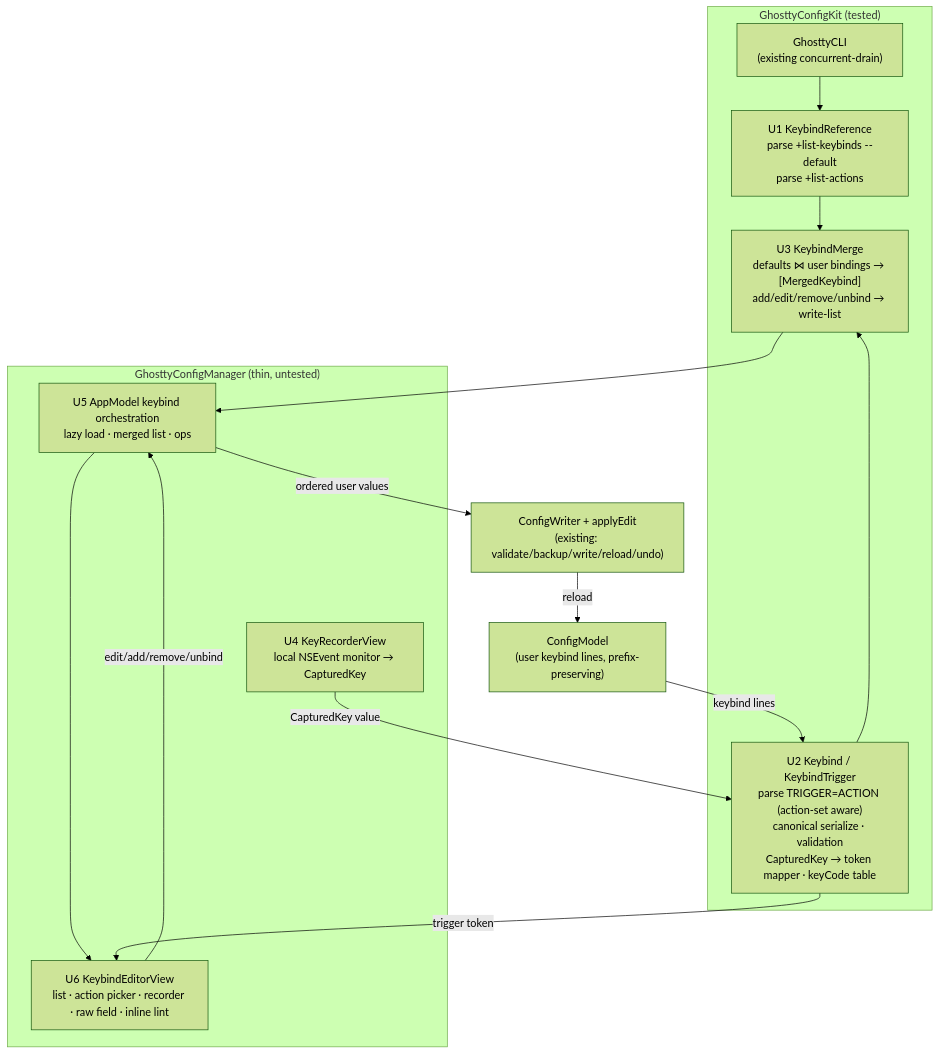
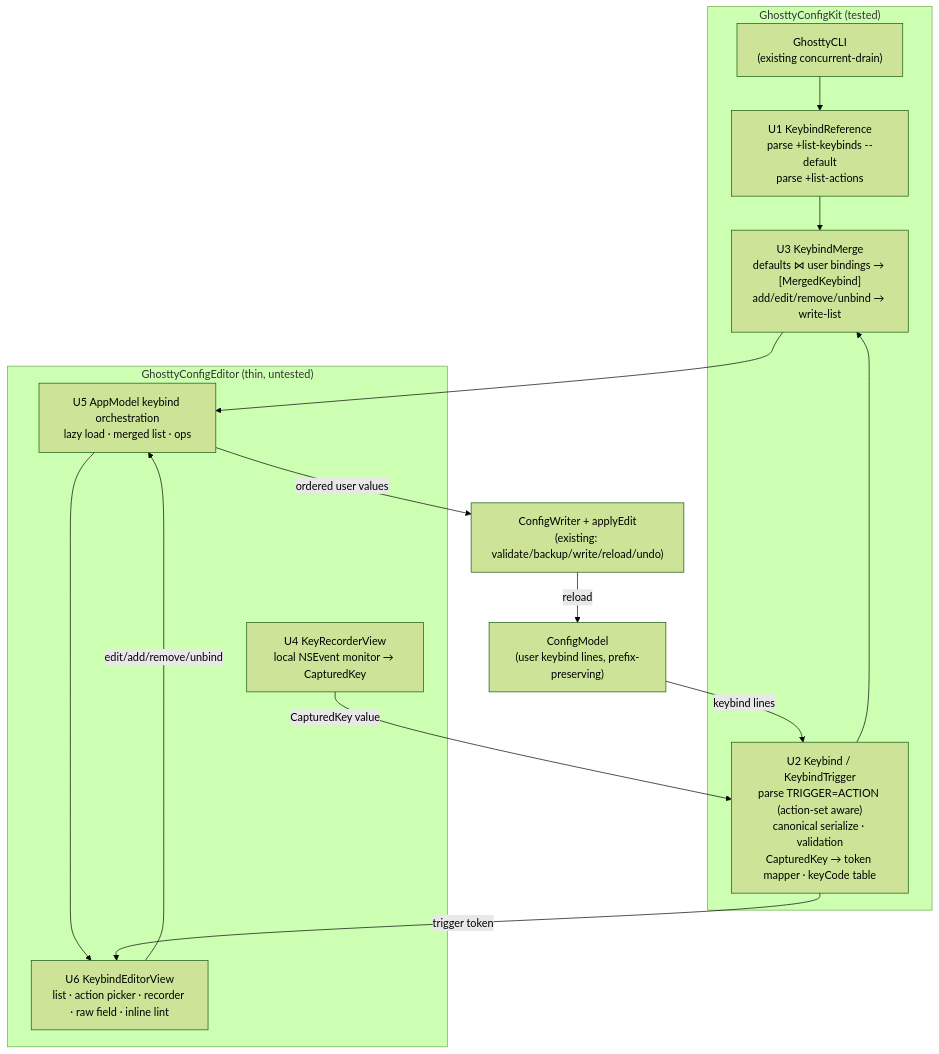
Before and after one commit to mshddev/ghostty-config-editor: the diagram in docs/plans/2026-06-30-001-feat-keybindings-editor-plan.md, drawn with Mermaid (forest theme). The commit also changed other lines of this file and 28 other files, not shown here.

First line of the commit message:
refactor: rename project GhosttyConfigManager -> GhosttyConfigEditor

````diff
--- a/docs/plans/2026-06-30-001-feat-keybindings-editor-plan.md
+++ b/docs/plans/2026-06-30-001-feat-keybindings-editor-plan.md
@@ -109,25 +109,25 @@
 ```mermaid
 flowchart TD
     subgraph Kit["GhosttyConfigKit (tested)"]
         CLI["GhosttyCLI<br/>(existing concurrent-drain)"]
         REF["U1 KeybindReference<br/>parse +list-keybinds --default<br/>parse +list-actions"]
         MODEL["U2 Keybind / KeybindTrigger<br/>parse TRIGGER=ACTION (action-set aware)<br/>canonical serialize · validation<br/>CapturedKey → token mapper · keyCode table"]
         MERGE["U3 KeybindMerge<br/>defaults ⋈ user bindings → [MergedKeybind]<br/>add/edit/remove/unbind → write-list"]
     end
-    subgraph App["GhosttyConfigManager (thin, untested)"]
+    subgraph App["GhosttyConfigEditor (thin, untested)"]
         REC["U4 KeyRecorderView<br/>local NSEvent monitor → CapturedKey"]
         AM["U5 AppModel keybind orchestration<br/>lazy load · merged list · ops"]
         EDIT["U6 KeybindEditorView<br/>list · action picker · recorder · raw field · inline lint"]
     end
     Config["ConfigModel<br/>(user keybind lines, prefix-preserving)"]
     Writer["ConfigWriter + applyEdit<br/>(existing: validate/backup/write/reload/undo)"]
 
     CLI --> REF --> MERGE
     Config -->|keybind lines| MODEL --> MERGE
     MERGE --> AM --> EDIT
     REC -->|CapturedKey value| MODEL
     MODEL -->|trigger token| EDIT
     EDIT -->|edit/add/remove/unbind| AM
     AM -->|ordered user values| Writer
     Writer -->|reload| Config
 ```
````
